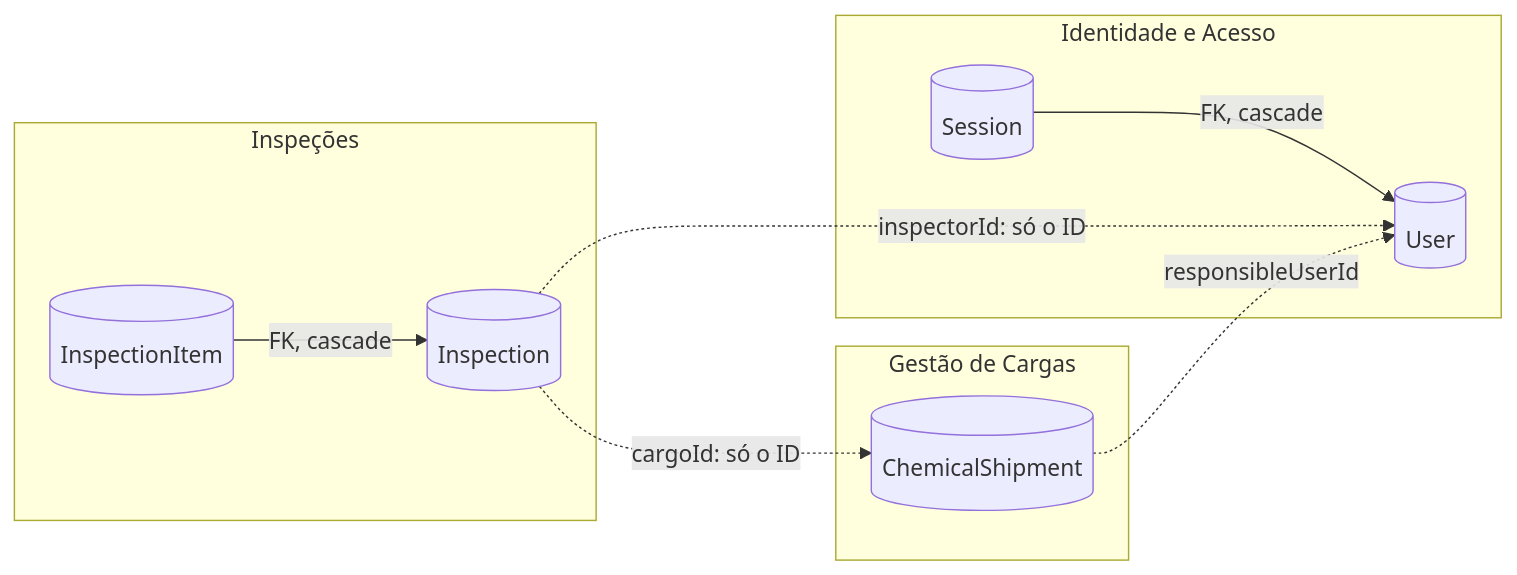
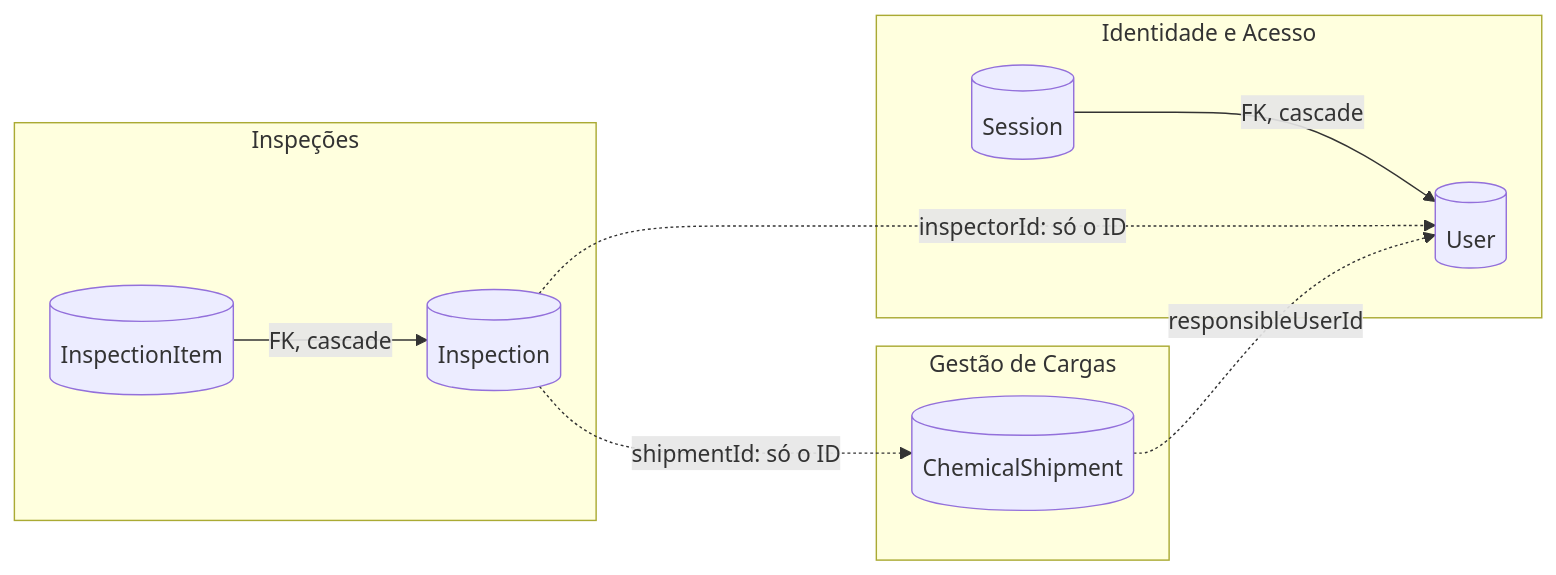
One commit to TechChallengeFiap/QuimoviaApi changed the fifth of 7 diagrams in docs/arquitetura/02-organizacao-e-aplicacao.md. Above: the diagram before and after it, drawn with Mermaid. The commit also changed other lines of this file and 20 other files, not shown here.

First line of the commit message:
refactor(inspection): padroniza "cargo" como "shipment"

````diff
--- a/docs/arquitetura/02-organizacao-e-aplicacao.md
+++ b/docs/arquitetura/02-organizacao-e-aplicacao.md
@@ -353,19 +353,19 @@
 ```mermaid
 flowchart LR
   subgraph IA["Identidade e Acesso"]
     U[("User")]
     S[("Session")]
   end
   subgraph GC["Gestão de Cargas"]
     CS[("ChemicalShipment")]
   end
   subgraph IN["Inspeções"]
     I[("Inspection")]
     II[("InspectionItem")]
   end
   S -->|"FK, cascade"| U
   II -->|"FK, cascade"| I
-  I -.->|"cargoId: só o ID"| CS
+  I -.->|"shipmentId: só o ID"| CS
   I -.->|"inspectorId: só o ID"| U
   CS -.->|"responsibleUserId"| U
 ```
````
